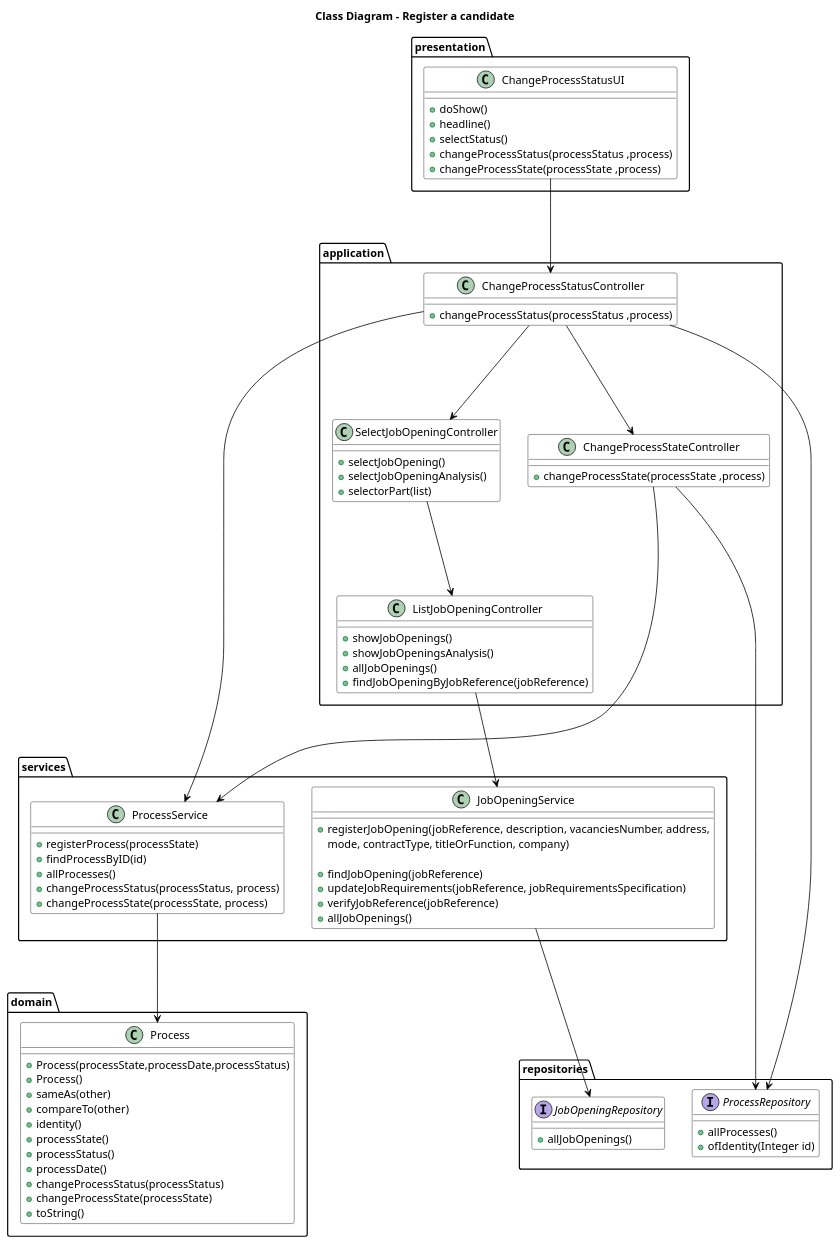
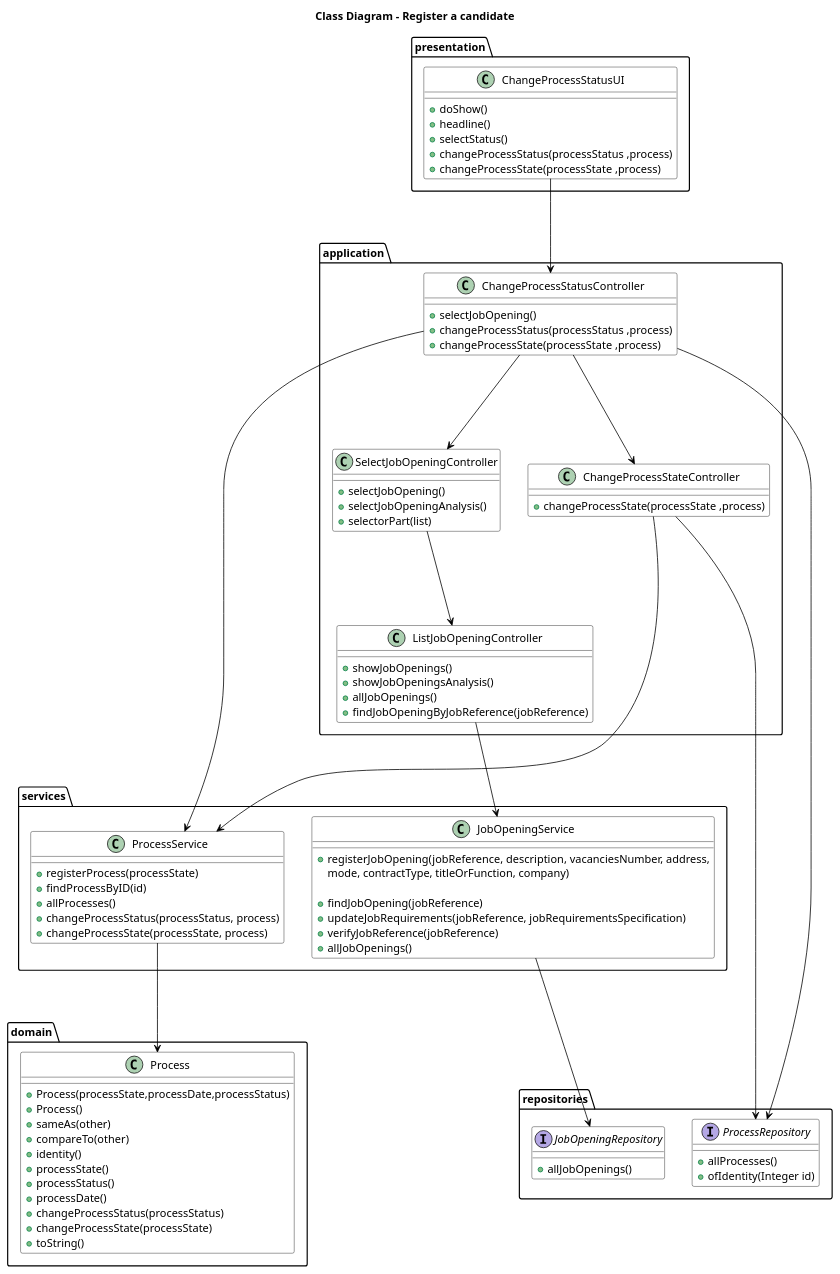
Before and after one commit to MiguelCardoso77/LAPR4: the diagram in docs/SprintC/7-change-status-process/class-diagram.puml, drawn with PlantUML. The commit also changed 1 other file, not shown here.

Commit message:
class diagram update change status of job opening #26

```diff
--- a/docs/SprintC/7-change-status-process/class-diagram.puml
+++ b/docs/SprintC/7-change-status-process/class-diagram.puml
@@ -1,112 +1,114 @@
 @startuml
 'skinparam linetype ortho
 'left to right direction
 
 
 skinparam class {
     BackgroundColor White
     ArrowColor Black
     BorderColor Black
     FontColor Black
     FontSize 14
 }
 
 Title "Class Diagram - Register a candidate"
 
 package "presentation" {
     class ChangeProcessStatusUI {
         + doShow()
         + headline()
         + selectStatus()
         + changeProcessStatus(processStatus ,process)
         + changeProcessState(processState ,process)
     }
 }
 
 package "application" {
     class ChangeProcessStatusController {
+        + selectJobOpening()
         + changeProcessStatus(processStatus ,process)
+        + changeProcessState(processState ,process)
     }
     class ChangeProcessStateController {
         + changeProcessState(processState ,process)
     }
     class SelectJobOpeningController {
         + selectJobOpening()
         + selectJobOpeningAnalysis()
         + selectorPart(list)
     }
     class ListJobOpeningController {
         + showJobOpenings()
         + showJobOpeningsAnalysis()
         + allJobOpenings()
         + findJobOpeningByJobReference(jobReference)
     }
 }
 
 package "repositories" {
     interface JobOpeningRepository {
         + allJobOpenings()
     }
 
     interface ProcessRepository {
         + allProcesses()
         + ofIdentity(Integer id)
     }
 }
 
 package "domain" {
     class Process {
         + Process(processState,processDate,processStatus)
         + Process()
         + sameAs(other)
         + compareTo(other)
         + identity()
         + processState()
         + processStatus()
         + processDate()
         + changeProcessStatus(processStatus)
         + changeProcessState(processState)
         + toString()
     }
 }
 
 package "services" {
     class JobOpeningService {
         + registerJobOpening(jobReference, description, vacanciesNumber, address,
             mode, contractType, titleOrFunction, company)
 
         + findJobOpening(jobReference)
         + updateJobRequirements(jobReference, jobRequirementsSpecification)
         + verifyJobReference(jobReference)
         + allJobOpenings()
 
     }
 
     class ProcessService {
         + registerProcess(processState)
         + findProcessByID(id)
         + allProcesses()
         + changeProcessStatus(processStatus, process)
         + changeProcessState(processState, process)
     }
 }
 
 ChangeProcessStatusUI ---> ChangeProcessStatusController
 
 ChangeProcessStatusController ---> SelectJobOpeningController
 ChangeProcessStatusController ---> ChangeProcessStateController
 ChangeProcessStatusController ---> ProcessRepository
 ChangeProcessStatusController ---> ProcessService
 
 ChangeProcessStateController ---> ProcessRepository
 ChangeProcessStateController ---> ProcessService
 
 SelectJobOpeningController ---> ListJobOpeningController
 
 ListJobOpeningController ---> JobOpeningService
 
 JobOpeningService ---> JobOpeningRepository
 
 ProcessService ---> Process
 
 @enduml
```
